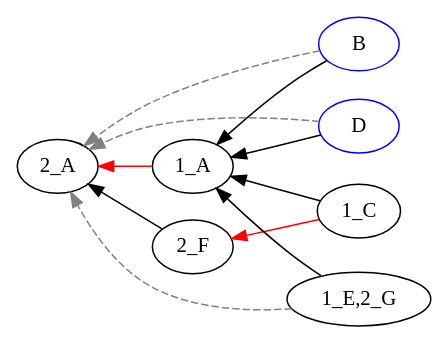
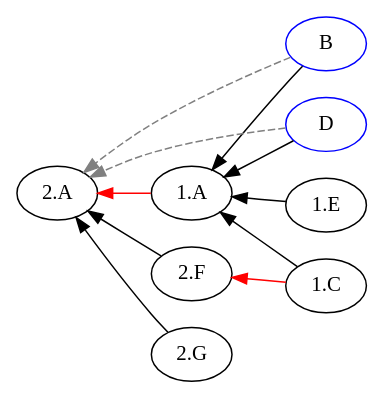
One commit to EulerProject/EulerX changed the diagram in example/output/abstract4/abstract4_pw_2.dot. Above: the diagram before and after it, drawn with Graphviz. The commit also changed 30 other files, not shown here.

```diff
--- a/example/output/abstract4/abstract4_pw_2.dot
+++ b/example/output/abstract4/abstract4_pw_2.dot
@@ -1,19 +1,19 @@
 digraph {
 
 rankdir = RL
 
 "B" [color=blue];
 "D" [color=blue];
 "B" [color=blue];
 "D" [color=blue];
-"1_C" -> "1_A" [style=filled, color=black];
-"2_F" -> "2_A" [style=filled, color=black];
-"1_A" -> "2_A" [style=filled, color=red];
-"1_C" -> "2_F" [style=filled, color=red];
-"B" -> "1_A" [style=filled, color=black];
-"D" -> "1_A" [style=filled, color=black];
-"1_E,2_G" -> "1_A" [style=filled, color=black];
-"B" -> "2_A" [style=dashed, color=grey];
-"D" -> "2_A" [style=dashed, color=grey];
-"1_E,2_G" -> "2_A" [style=dashed, color=grey];
+"1.C" -> "1.A" [style=filled, color=black];
+"1.E" -> "1.A" [style=filled, color=black];
+"2.F" -> "2.A" [style=filled, color=black];
+"2.G" -> "2.A" [style=filled, color=black];
+"1.A" -> "2.A" [style=filled, color=red];
+"1.C" -> "2.F" [style=filled, color=red];
+"B" -> "1.A" [style=filled, color=black];
+"D" -> "1.A" [style=filled, color=black];
+"B" -> "2.A" [style=dashed, color=grey];
+"D" -> "2.A" [style=dashed, color=grey];
 }
```
